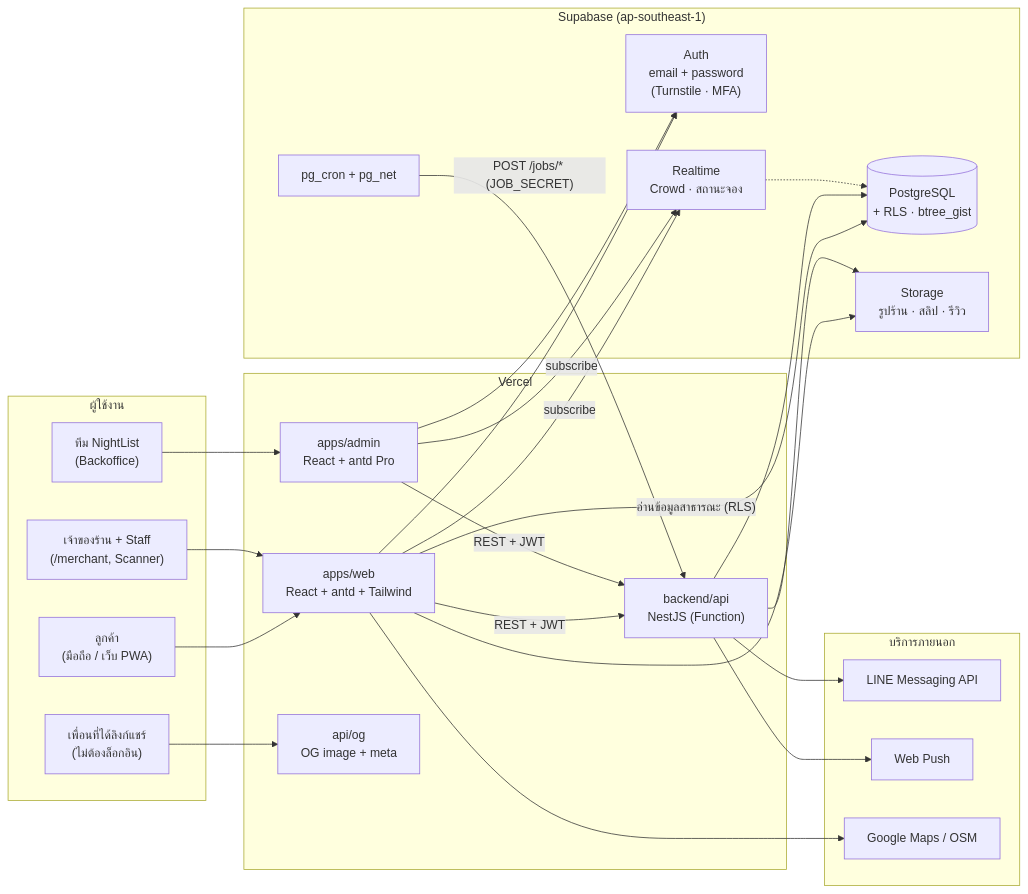
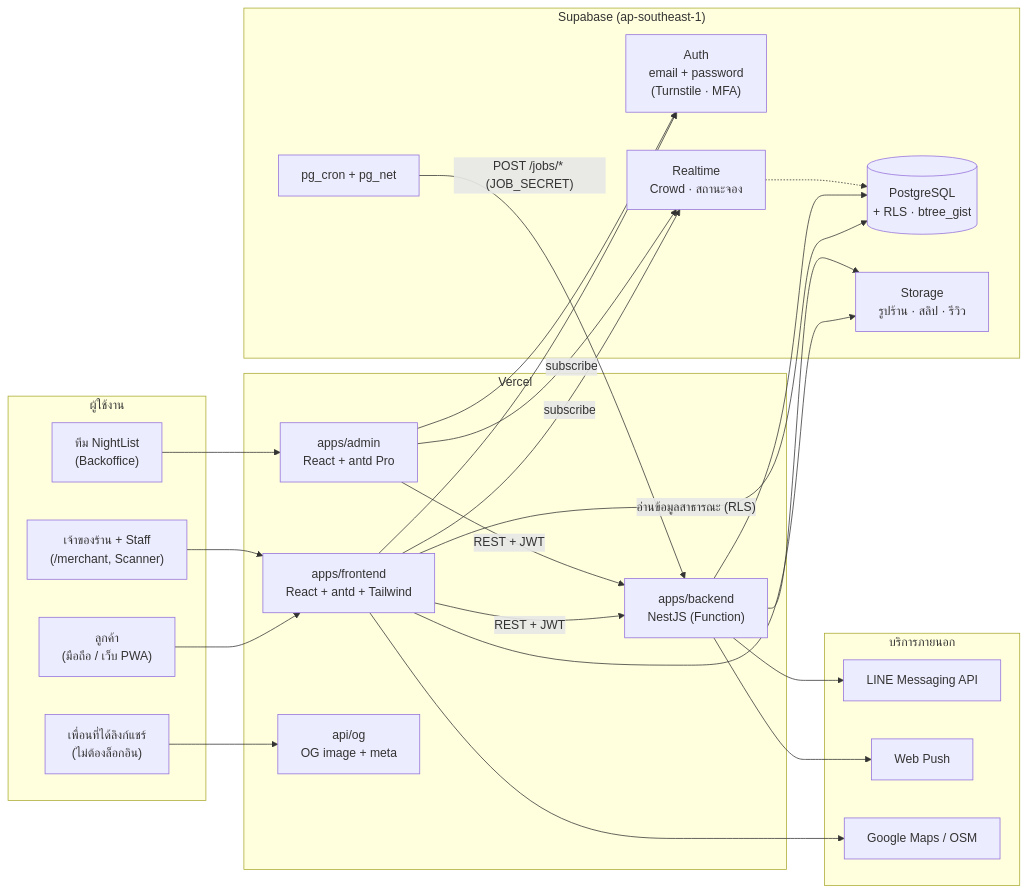
One commit to NightList/NightList changed the first of 6 diagrams in docs/ARCHITECTURE.md. Above: the diagram before and after it, drawn with Mermaid. The commit also changed other lines of this file and 134 other files, not shown here.

First line of the commit message:
refactor: move backend into apps/ (apps/frontend, apps/admin, apps/backend)

````diff
--- a/docs/ARCHITECTURE.md
+++ b/docs/ARCHITECTURE.md
@@ -7,46 +7,46 @@
 ```mermaid
 flowchart LR
   subgraph Clients["ผู้ใช้งาน"]
     C["ลูกค้า<br/>(มือถือ / เว็บ PWA)"]
     M["เจ้าของร้าน + Staff<br/>(/merchant, Scanner)"]
     A["ทีม NightList<br/>(Backoffice)"]
     F["เพื่อนที่ได้ลิงก์แชร์<br/>(ไม่ต้องล็อกอิน)"]
   end
 
   subgraph Vercel["Vercel"]
-    WEB["apps/web<br/>React + antd + Tailwind"]
+    WEB["apps/frontend<br/>React + antd + Tailwind"]
     ADM["apps/admin<br/>React + antd Pro"]
     OG["api/og<br/>OG image + meta"]
-    API["backend/api<br/>NestJS (Function)"]
+    API["apps/backend<br/>NestJS (Function)"]
   end
 
   subgraph Supabase["Supabase (ap-southeast-1)"]
     AUTH["Auth<br/>email + password<br/>(Turnstile · MFA)"]
     DB[("PostgreSQL<br/>+ RLS · btree_gist")]
     ST["Storage<br/>รูปร้าน · สลิป · รีวิว"]
     RT["Realtime<br/>Crowd · สถานะจอง"]
     CRON["pg_cron + pg_net"]
   end
 
   subgraph External["บริการภายนอก"]
     LINE["LINE Messaging API"]
     PUSH["Web Push"]
     MAP["Google Maps / OSM"]
   end
 
   C & M --> WEB
   A --> ADM
   F --> OG
   WEB & ADM -- "REST + JWT" --> API
   WEB -- "อ่านข้อมูลสาธารณะ (RLS)" --> DB
   WEB & ADM -- "subscribe" --> RT
   WEB & ADM --> AUTH
   WEB --> ST
   WEB --> MAP
   API --> DB
   API --> ST
   API --> LINE
   API --> PUSH
   CRON -- "POST /jobs/* (JOB_SECRET)" --> API
   RT -.-> DB
 ```
````
